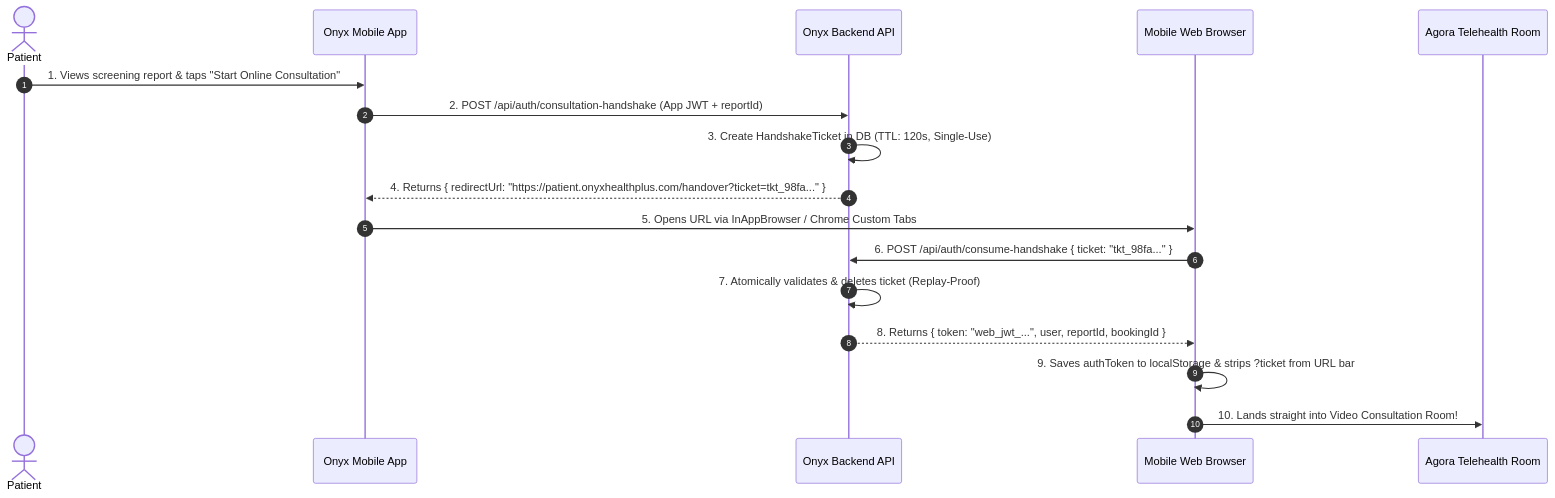
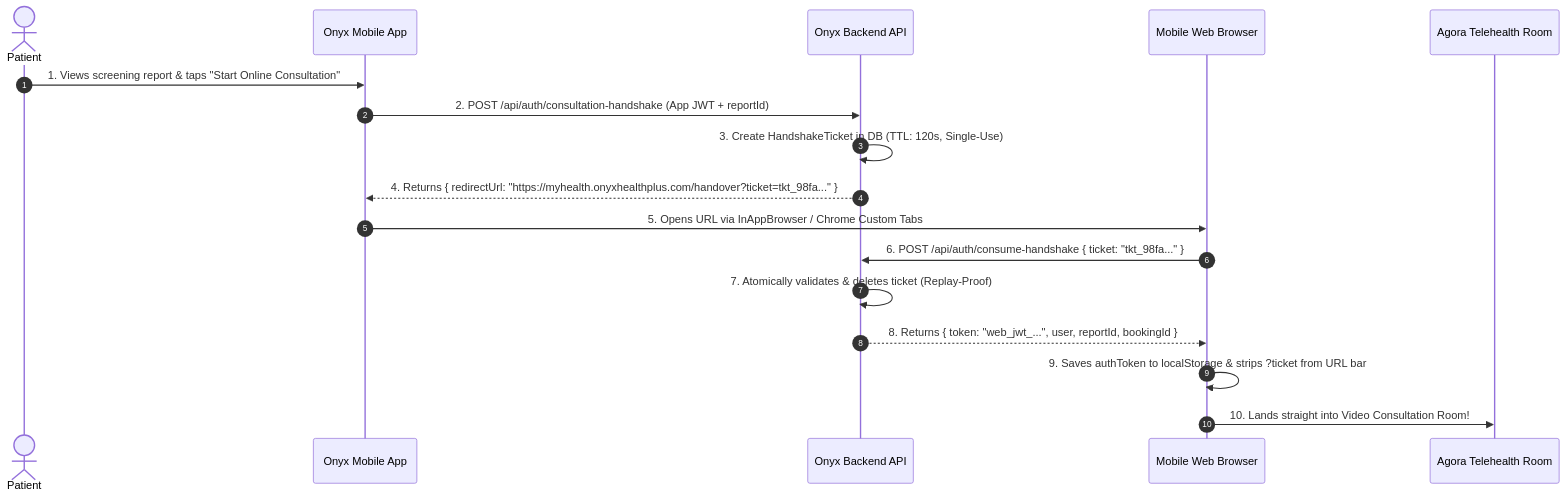
The diagram in docs/MOBILE_APP_TO_WEB_SEAMLESS_CONSULTATION.md (AgrowteinLabs/onyx-health-flow), drawn with Mermaid before and after one commit. The commit also changed other lines of this file and 1 other file, not shown here.

Commit message:
docs: add Flutter and mobile-to-web seamless consultation handover documentation

````diff
--- a/docs/MOBILE_APP_TO_WEB_SEAMLESS_CONSULTATION.md
+++ b/docs/MOBILE_APP_TO_WEB_SEAMLESS_CONSULTATION.md
@@ -32,20 +32,20 @@
 ```mermaid
 sequenceDiagram
     autonumber
     actor Patient
     participant App as Onyx Mobile App
     participant Backend as Onyx Backend API
     participant Browser as Mobile Web Browser
     participant Video as Agora Telehealth Room
 
     Patient->>App: 1. Views screening report & taps "Start Online Consultation"
     App->>Backend: 2. POST /api/auth/consultation-handshake (App JWT + reportId)
     Backend->>Backend: 3. Create HandshakeTicket in DB (TTL: 120s, Single-Use)
-    Backend-->>App: 4. Returns { redirectUrl: "https://patient.onyxhealthplus.com/handover?ticket=tkt_98fa..." }
+    Backend-->>App: 4. Returns { redirectUrl: "https://myhealth.onyxhealthplus.com/handover?ticket=tkt_98fa..." }
     App->>Browser: 5. Opens URL via InAppBrowser / Chrome Custom Tabs
     Browser->>Backend: 6. POST /api/auth/consume-handshake { ticket: "tkt_98fa..." }
     Backend->>Backend: 7. Atomically validates & deletes ticket (Replay-Proof)
     Backend-->>Browser: 8. Returns { token: "web_jwt_...", user, reportId, bookingId }
     Browser->>Browser: 9. Saves authToken to localStorage & strips ?ticket from URL bar
     Browser->>Video: 10. Lands straight into Video Consultation Room!
 ```
````
